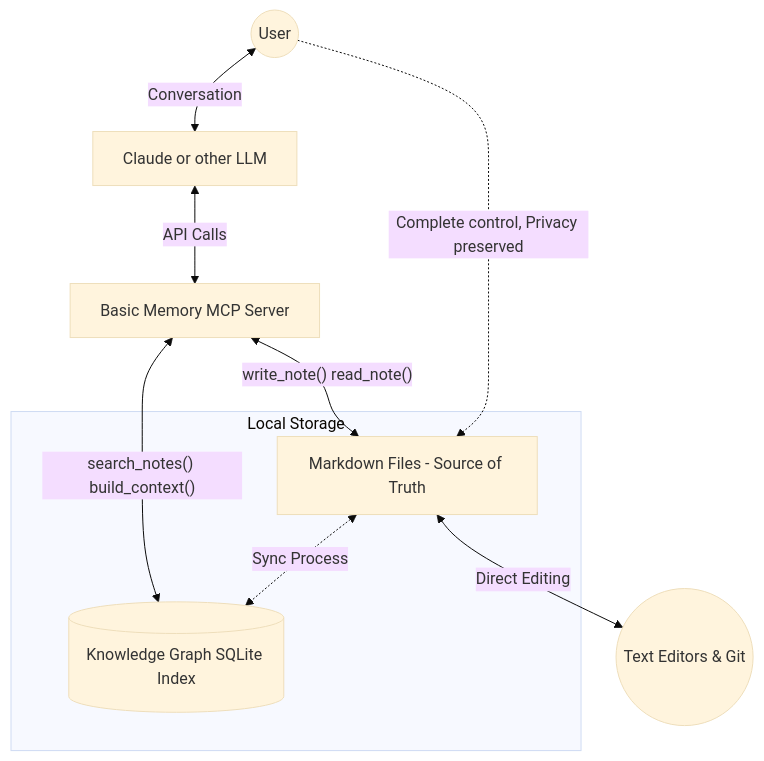
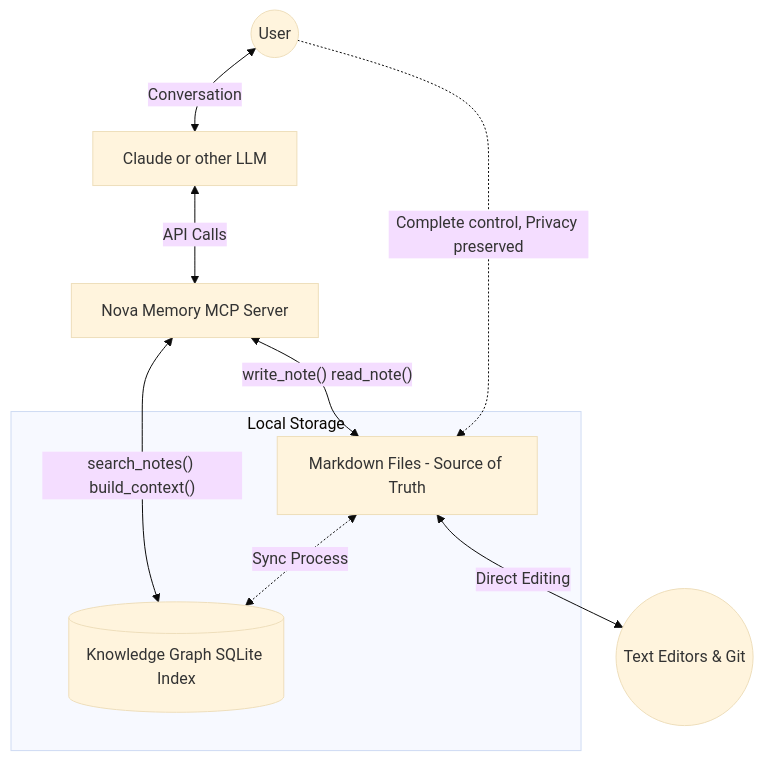
The diagram in basic-memory/docs/Technical Information.md (pfin/nova-mcp), drawn with Mermaid (base theme) before and after one commit. The commit also changed other lines of this file and 235 other files, not shown here.

First line of the commit message:
refactor: Complete rename from basic-memory to nova-memory

````diff
--- a/basic-memory/docs/Technical Information.md
+++ b/basic-memory/docs/Technical Information.md
@@ -188,24 +188,24 @@
 ```mermaid
 flowchart TD
     User((User)) <--> |Conversation| Claude["Claude or other LLM"]
-    Claude <-->|API Calls| BMCP["Basic Memory MCP Server"]
+    Claude <-->|API Calls| BMCP["Nova Memory MCP Server"]
     
     subgraph "Local Storage"
         KnowledgeFiles["Markdown Files - Source of Truth"]
         KnowledgeIndex[(Knowledge Graph SQLite Index)]
     end
     
     BMCP <-->|"write_note() read_note()"| KnowledgeFiles
     BMCP <-->|"search_notes() build_context()"| KnowledgeIndex
     KnowledgeFiles <-.->|Sync Process| KnowledgeIndex
     KnowledgeFiles <-->|Direct Editing| Editors((Text Editors & Git))
     
     User -.->|"Complete control, Privacy preserved"| KnowledgeFiles
     
     
     class Claude primary
     class BMCP secondary
     class KnowledgeFiles tertiary
     class KnowledgeIndex quaternary
     class User,Editors user`;
 ```
````
